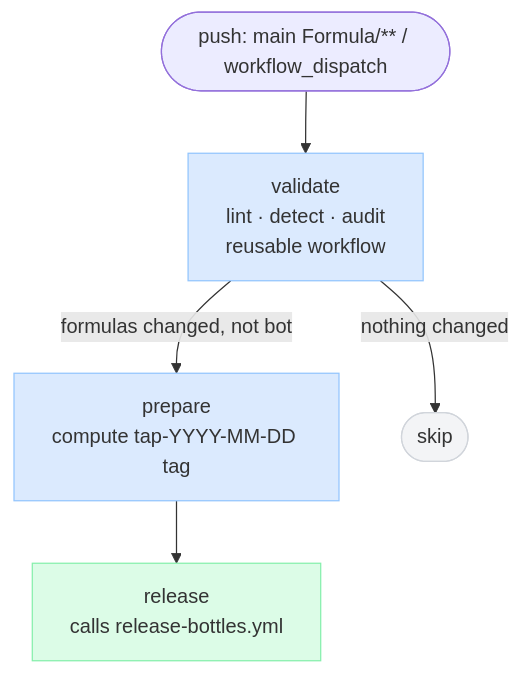
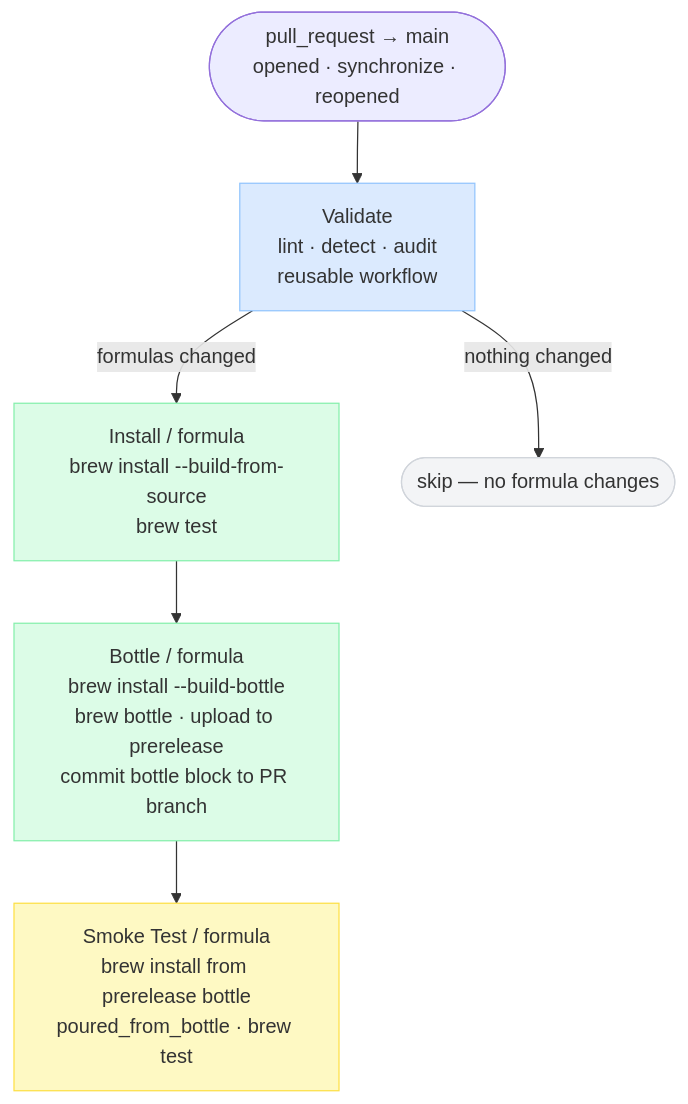
The first of 4 diagrams in docs/architecture/diagrams/ci-pipelines.md (patrick204nqh/homebrew-tap), drawn with Mermaid before and after one commit. The commit also changed other lines of this file and 1 other file, not shown here.

First line of the commit message:
docs: refresh CONTRIBUTING and CI pipeline diagrams for new PR-first flow

````diff
--- a/docs/architecture/diagrams/ci-pipelines.md
+++ b/docs/architecture/diagrams/ci-pipelines.md
@@ -5,19 +8,22 @@
 ```mermaid
 flowchart TD
-    T([push: main Formula/** / workflow_dispatch])
+    T([pull_request → main\nopened · synchronize · reopened])
 
-    VALIDATE[validate\nlint · detect · audit\nreusable workflow]
-    PREPARE[prepare\ncompute tap-YYYY-MM-DD tag]
-    RELEASE[release\ncalls release-bottles.yml]
-    SKIP([skip])
+    VALIDATE[Validate\nlint · detect · audit\nreusable workflow]
+    INSTALL[Install / formula\nbrew install --build-from-source\nbrew test]
+    BOTTLE[Bottle / formula\nbrew install --build-bottle\nbrew bottle · upload to prerelease\ncommit bottle block to PR branch]
+    SMOKE[Smoke Test / formula\nbrew install from prerelease bottle\npoured_from_bottle · brew test]
+    SKIP([skip — no formula changes])
 
     T --> VALIDATE
-    VALIDATE -->|formulas changed, not bot| PREPARE
+    VALIDATE -->|formulas changed| INSTALL
     VALIDATE -->|nothing changed| SKIP
-    PREPARE --> RELEASE
+    INSTALL --> BOTTLE
+    BOTTLE --> SMOKE
 
     style VALIDATE fill:#dbeafe,stroke:#93c5fd
-    style PREPARE  fill:#dbeafe,stroke:#93c5fd
-    style RELEASE  fill:#dcfce7,stroke:#86efac
+    style INSTALL  fill:#dcfce7,stroke:#86efac
+    style BOTTLE   fill:#dcfce7,stroke:#86efac
+    style SMOKE    fill:#fef9c3,stroke:#fde047
     style SKIP     fill:#f3f4f6,stroke:#d1d5db
 ```
````
